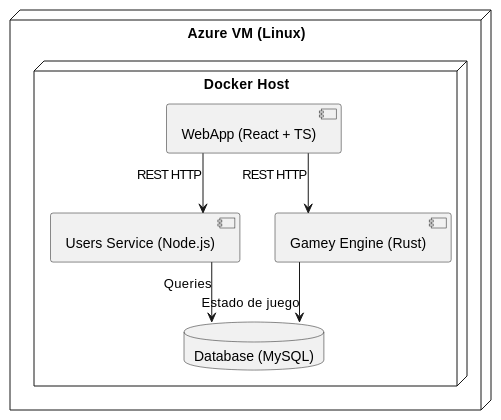
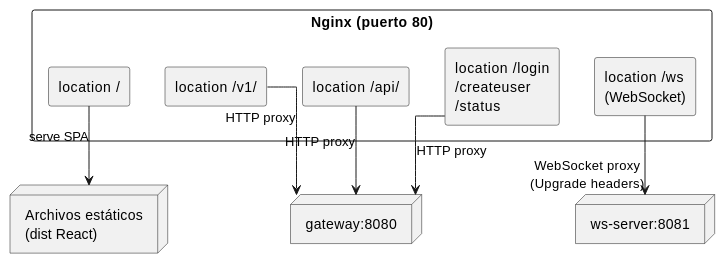
One commit to Arquisoft/yovi_es4c changed the second of 2 diagrams in docs/src/07_deployment_view.adoc. Above: the diagram before and after it, drawn with PlantUML. The commit also changed other lines of this file and 11 other files, not shown here.

```diff
--- a/docs/src/07_deployment_view.adoc
+++ b/docs/src/07_deployment_view.adoc
@@ -123,22 +70,24 @@
-[plantuml, "Docker Host Deployment", png]
+[plantuml, "Nginx Routing", png]
 ----
 @startuml
-skinparam shadowing false
 skinparam linetype ortho
 
-node "Azure VM (Linux)" as VM {
-    node "Docker Host" as DockerHost {
-        component "WebApp (React + TS)" as WebApp
-        component "Users Service (Node.js)" as UsersService
-        component "Gamey Engine (Rust)" as Gamey
-        database "Database (MySQL)" as DB
-    }
+rectangle "Nginx (puerto 80)" {
+  rectangle "location /" as L1
+  rectangle "location /api/" as L2
+  rectangle "location /v1/" as L3
+  rectangle "location /login\n/createuser\n/status" as L4
+  rectangle "location /ws\n(WebSocket)" as L5
 }
 
-WebApp --> UsersService : REST HTTP
-WebApp --> Gamey : REST HTTP
-UsersService --> DB : Queries
-Gamey --> DB : Estado de juego
+node "Archivos estáticos\n(dist React)" as Static
+node "gateway:8080" as GW
+node "ws-server:8081" as WS
 
+L1 --> Static : serve SPA
+L2 --> GW : HTTP proxy
+L3 --> GW : HTTP proxy
+L4 --> GW : HTTP proxy
+L5 --> WS : WebSocket proxy\n(Upgrade headers)
 @enduml
 ----
```
